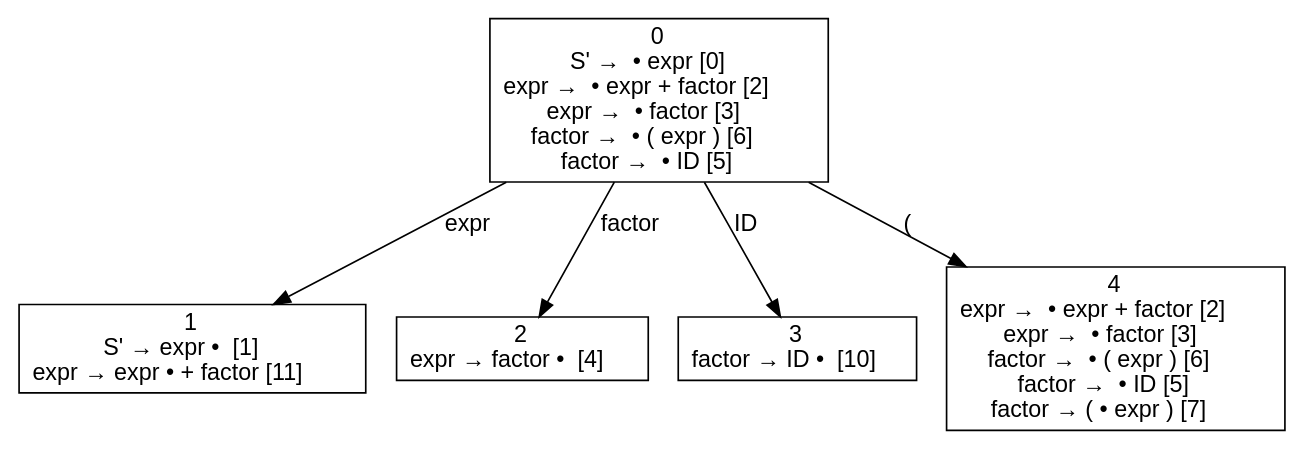
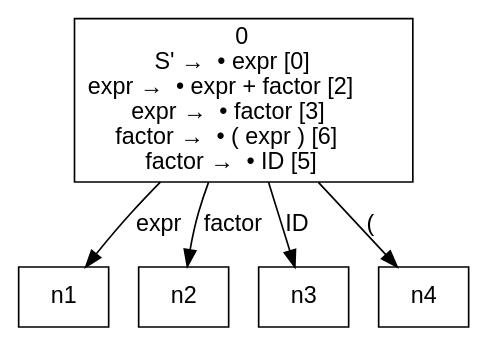
The diagram in PleaseWork/PleaseWork/g6.txt.dfa.dot (dragonsarebest/Compiler), drawn with Graphviz before and after one commit. The commit also changed 35 other files, not shown here.

```diff
--- a/PleaseWork/PleaseWork/g6.txt.dfa.dot
+++ b/PleaseWork/PleaseWork/g6.txt.dfa.dot
@@ -1,13 +1,9 @@
 digraph d{
 node [fontname=Helvetica,shape=box];
 edge [fontname=Helvetica];
 n0 [label=<0<br />S' →  • expr [0]<br />expr →  • expr + factor [2]<br />expr →  • factor [3]<br />factor →  • ( expr ) [6]<br />factor →  • ID [5]>];
-n1 [label=<1<br />S' → expr •  [1]<br />expr → expr • + factor [11]>];
-n2 [label=<2<br />expr → factor •  [4]>];
-n3 [label=<3<br />factor → ID •  [10]>];
-n4 [label=<4<br />expr →  • expr + factor [2]<br />expr →  • factor [3]<br />factor →  • ( expr ) [6]<br />factor →  • ID [5]<br />factor → ( • expr ) [7]>];
 n0 -> n1 [label="expr"];
 n0 -> n2 [label="factor"];
 n0 -> n3 [label="ID"];
 n0 -> n4 [label="("];
 }
```
